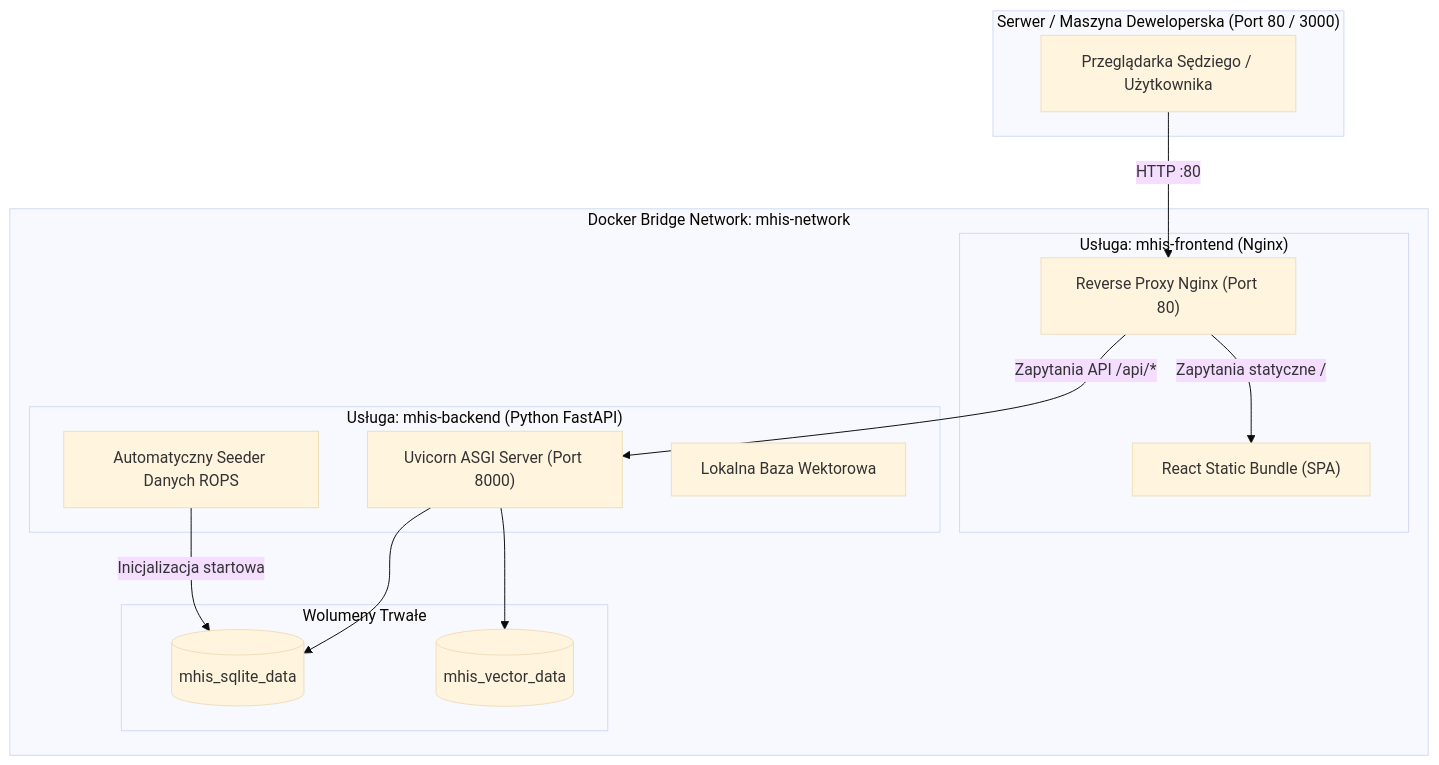
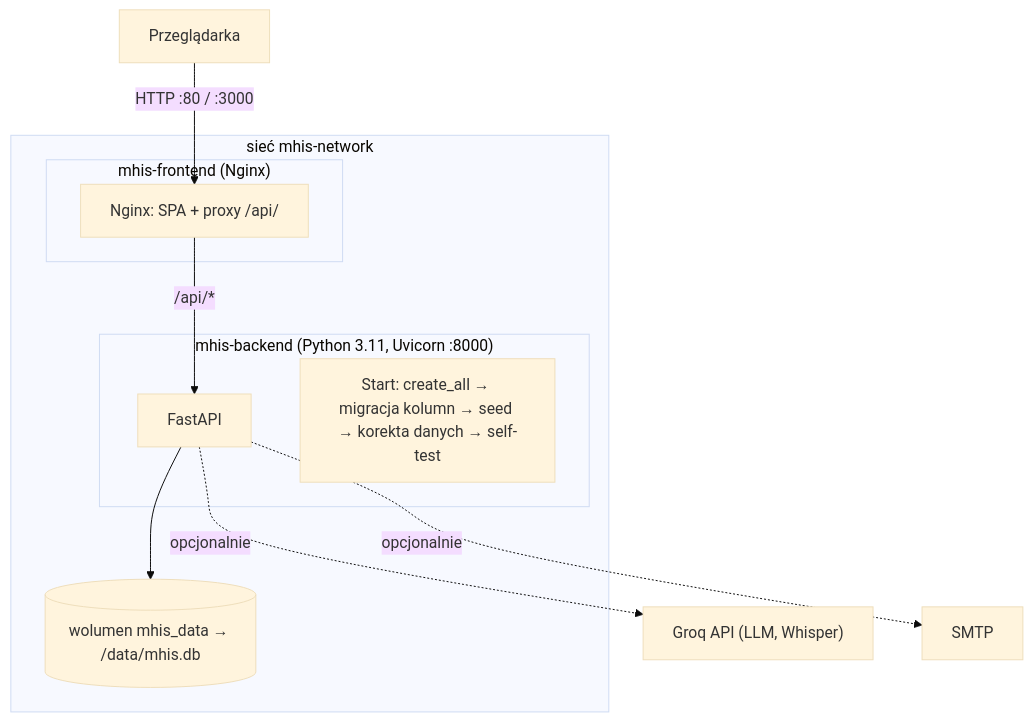
One commit to Drop-the-Base/malopolski-hub-2026 changed the diagram in docs/infrastructure.md. Above: the diagram before and after it, drawn with Mermaid (base theme). The commit also changed other lines of this file and 7 other files, not shown here.

````diff
--- a/docs/infrastructure.md
+++ b/docs/infrastructure.md
@@ -14,31 +11,20 @@
 ```mermaid
 graph TB
-    subgraph Host ["Serwer / Maszyna Deweloperska (Port 80 / 3000)"]
-        Browser["Przeglądarka Sędziego / Użytkownika"]
+    Browser["Przeglądarka"] -->|HTTP :80 / :3000| Proxy
+
+    subgraph Net ["sieć mhis-network"]
+        subgraph FE ["mhis-frontend (Nginx)"]
+            Proxy["Nginx: SPA + proxy /api/"]
+        end
+        subgraph BE ["mhis-backend (Python 3.11, Uvicorn :8000)"]
+            API["FastAPI"]
+            Start["Start: create_all → migracja kolumn → seed → korekta danych → self-test"]
+        end
+        Vol[("wolumen mhis_data → /data/mhis.db")]
     end
 
-    subgraph DockerBridge ["Docker Bridge Network: mhis-network"]
-        subgraph WebService ["Usługa: mhis-frontend (Nginx)"]
-            Proxy["Reverse Proxy Nginx (Port 80)"]
-            SPA["React Static Bundle (SPA)"]
-        end
-
-        subgraph APIService ["Usługa: mhis-backend (Python FastAPI)"]
-            FastAPI["Uvicorn ASGI Server (Port 8000)"]
-            SeedEngine["Automatyczny Seeder Danych ROPS"]
-            VectorRAG["Lokalna Baza Wektorowa"]
-        end
-
-        subgraph PersistentVolumes ["Wolumeny Trwałe"]
-            VolDB[("mhis_sqlite_data")]
-            VolVec[("mhis_vector_data")]
-        end
-    end
-
-    Browser -->|HTTP :80| Proxy
-    Proxy -->|Zapytania statyczne /| SPA
-    Proxy -->|Zapytania API /api/*| FastAPI
-    FastAPI --> VolDB
-    FastAPI --> VolVec
-    SeedEngine -->|Inicjalizacja startowa| VolDB
+    Proxy -->|/api/*| API
+    API --> Vol
+    API -.->|opcjonalnie| Groq["Groq API (LLM, Whisper)"]
+    API -.->|opcjonalnie| SMTP["SMTP"]
 ```
````
